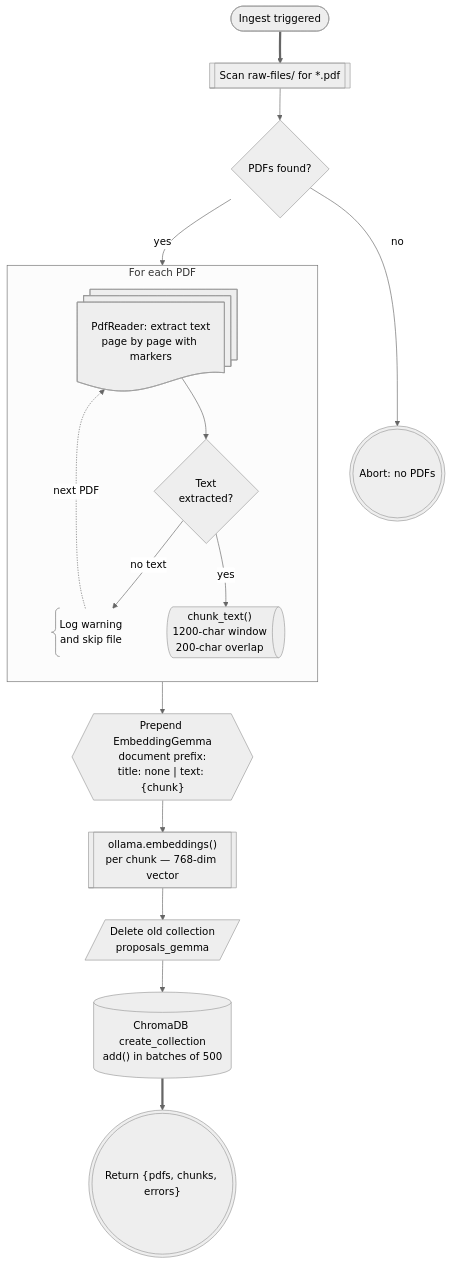
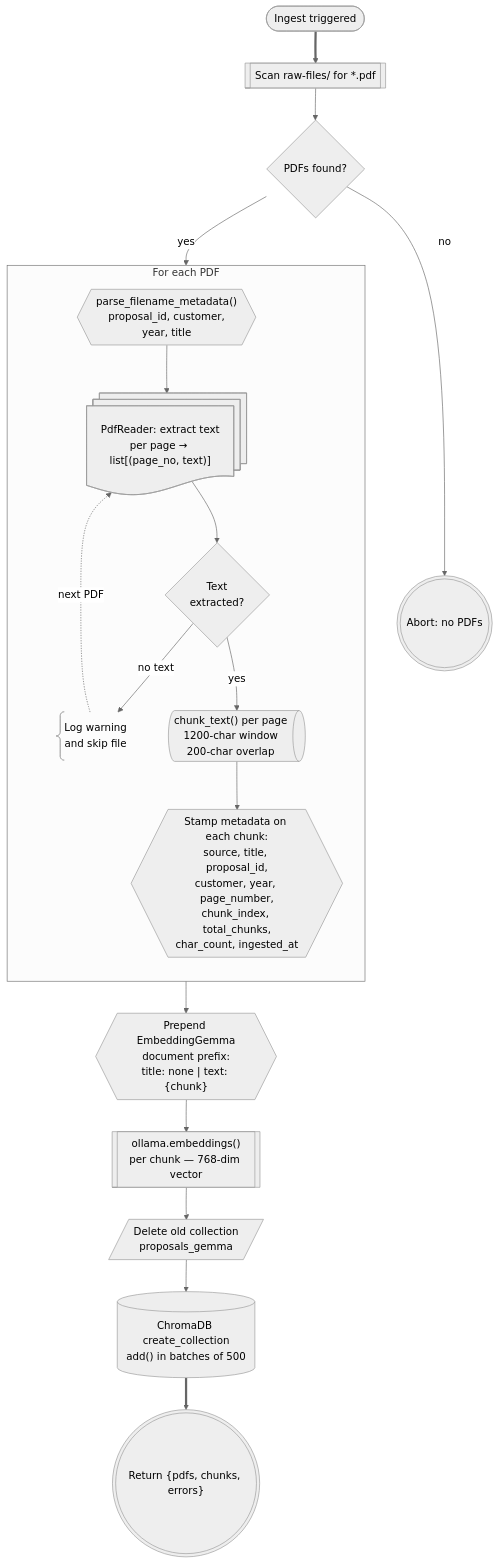
Before and after one commit to AWDubs/Local-RAG: the first of 3 diagrams in docs/implementation/ingestion.md, drawn with Mermaid (neutral theme). The commit also changed other lines of this file and 19 other files, not shown here.

````diff
--- a/docs/implementation/ingestion.md
+++ b/docs/implementation/ingestion.md
@@ -11,38 +11,42 @@
 ```mermaid
 flowchart TD
     accTitle: Ingestion pipeline stages
-    accDescr: Four stages — scan, extract and chunk per PDF, embed all chunks, then store — with the skip path for unreadable PDFs.
+    accDescr: Four stages — scan, extract per page and chunk per PDF (with filename metadata stamped on every chunk), embed all chunks, then store — with the skip path for unreadable PDFs.
 
     start_n@{ shape: stadium, label: "Ingest triggered" }
     scan_n@{ shape: subproc, label: "Scan raw-files/ for *.pdf" }
     q_found@{ shape: diam, label: "PDFs found?" }
     abort_n@{ shape: dbl-circ, label: "Abort: no PDFs" }
 
     subgraph per_pdf["For each PDF"]
         direction TB
-        read_n@{ shape: docs, label: "PdfReader: extract text\npage by page with markers" }
+        parse_n@{ shape: hex, label: "parse_filename_metadata()\nproposal_id, customer,\nyear, title" }
+        read_n@{ shape: docs, label: "PdfReader: extract text\nper page → list[(page_no, text)]" }
         q_text@{ shape: diam, label: "Text\nextracted?" }
         skip_n@{ shape: brace, label: "Log warning\nand skip file" }
-        chunk_n@{ shape: das, label: "chunk_text()\n1200-char window\n200-char overlap" }
+        chunk_n@{ shape: das, label: "chunk_text() per page\n1200-char window\n200-char overlap" }
+        stamp_n@{ shape: hex, label: "Stamp metadata on each chunk:\nsource, title, proposal_id,\ncustomer, year, page_number,\nchunk_index, total_chunks,\nchar_count, ingested_at" }
     end
 
     prefix_n@{ shape: hex, label: "Prepend EmbeddingGemma\ndocument prefix:\ntitle: none | text: {chunk}" }
     embed_n@{ shape: subproc, label: "ollama.embeddings()\nper chunk — 768-dim vector" }
     wipe_n@{ shape: lean-r, label: "Delete old collection\nproposals_gemma" }
     store_n@{ shape: cyl, label: "ChromaDB create_collection\nadd() in batches of 500" }
     done_n@{ shape: dbl-circ, label: "Return {pdfs, chunks, errors}" }
 
     start_n ==> scan_n
     scan_n --> q_found
     q_found -- "no" --> abort_n
-    q_found -- "yes" --> read_n
+    q_found -- "yes" --> parse_n
+    parse_n --> read_n
     read_n --> q_text
     q_text -- "no text" --> skip_n
     skip_n -. "next PDF" .-> read_n
     q_text -- "yes" --> chunk_n
-    chunk_n --> prefix_n
+    chunk_n --> stamp_n
+    stamp_n --> prefix_n
     prefix_n --> embed_n
     embed_n --> wipe_n
     wipe_n --> store_n
     store_n ==> done_n
 ```
````
